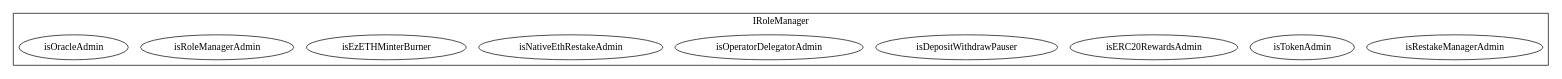
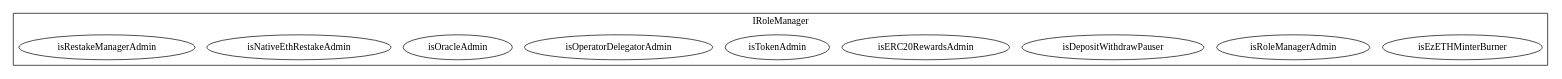
The diagram in contracts/RestakeManager.sol.IRoleManager.call-graph.dot (hoseadevops/Renzo-Protocol-online-test), drawn with Graphviz before and after one commit. The commit also changed other lines of this file and 22 other files, not shown here.

```diff
--- a/contracts/RestakeManager.sol.IRoleManager.call-graph.dot
+++ b/contracts/RestakeManager.sol.IRoleManager.call-graph.dot
@@ -1,16 +1,16 @@
 strict digraph {
 subgraph cluster_4680_IRoleManager {
 label = "IRoleManager"
-"4680_isRestakeManagerAdmin" [label="isRestakeManagerAdmin"]
-"4680_isTokenAdmin" [label="isTokenAdmin"]
-"4680_isERC20RewardsAdmin" [label="isERC20RewardsAdmin"]
-"4680_isDepositWithdrawPauser" [label="isDepositWithdrawPauser"]
-"4680_isOperatorDelegatorAdmin" [label="isOperatorDelegatorAdmin"]
-"4680_isNativeEthRestakeAdmin" [label="isNativeEthRestakeAdmin"]
 "4680_isEzETHMinterBurner" [label="isEzETHMinterBurner"]
 "4680_isRoleManagerAdmin" [label="isRoleManagerAdmin"]
+"4680_isDepositWithdrawPauser" [label="isDepositWithdrawPauser"]
+"4680_isERC20RewardsAdmin" [label="isERC20RewardsAdmin"]
+"4680_isTokenAdmin" [label="isTokenAdmin"]
+"4680_isOperatorDelegatorAdmin" [label="isOperatorDelegatorAdmin"]
 "4680_isOracleAdmin" [label="isOracleAdmin"]
+"4680_isNativeEthRestakeAdmin" [label="isNativeEthRestakeAdmin"]
+"4680_isRestakeManagerAdmin" [label="isRestakeManagerAdmin"]
 }subgraph cluster_solidity {
 label = "[Solidity]"
 }
 }
```
